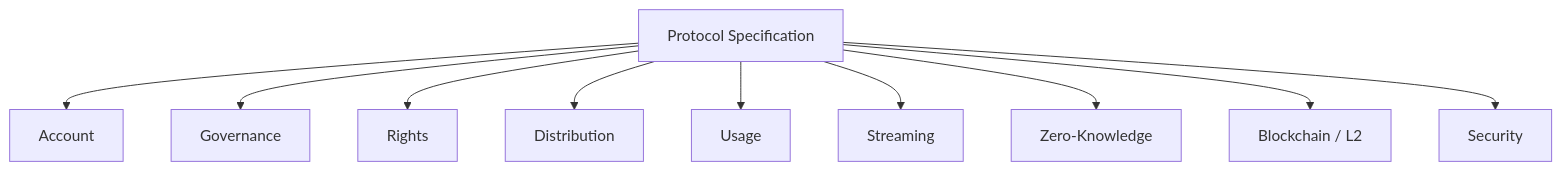
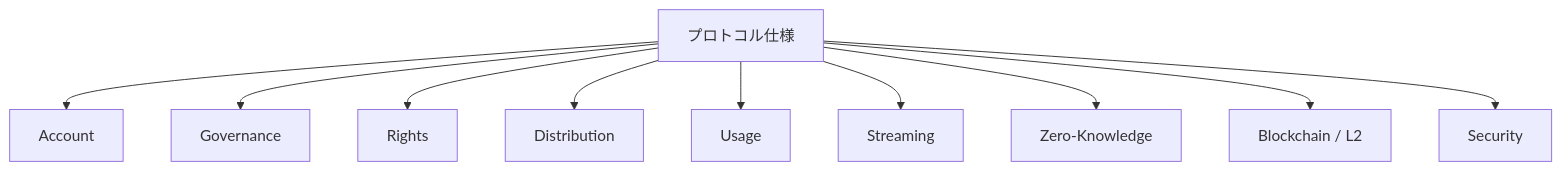
Before and after one commit to ShigeichiroYamasaki/creator-first-platform: the second of 5 diagrams in docs/protocol/index.md, drawn with Mermaid. The commit also changed other lines of this file and 67 other files, not shown here.

````diff
--- a/docs/protocol/index.md
+++ b/docs/protocol/index.md
@@ -124,14 +124,14 @@
 ```mermaid
 flowchart TD
-    PROTOCOL[Protocol Specification]
+    PROTOCOL[プロトコル仕様]
 
     PROTOCOL --> ACCOUNT[Account]
     PROTOCOL --> GOV[Governance]
     PROTOCOL --> RIGHTS[Rights]
     PROTOCOL --> DIST[Distribution]
     PROTOCOL --> USAGE[Usage]
     PROTOCOL --> STREAM[Streaming]
     PROTOCOL --> ZK[Zero-Knowledge]
     PROTOCOL --> CHAIN[Blockchain / L2]
     PROTOCOL --> SEC[Security]
 ```
````
